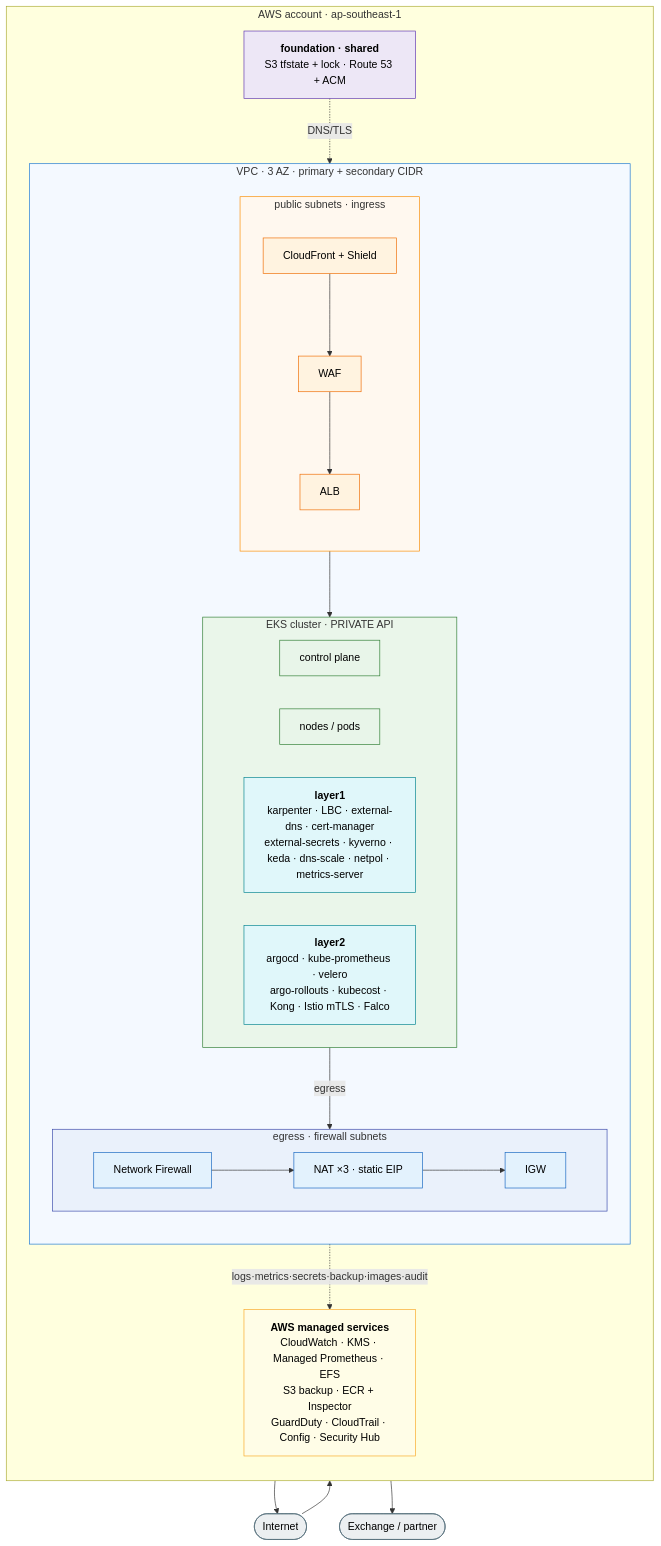
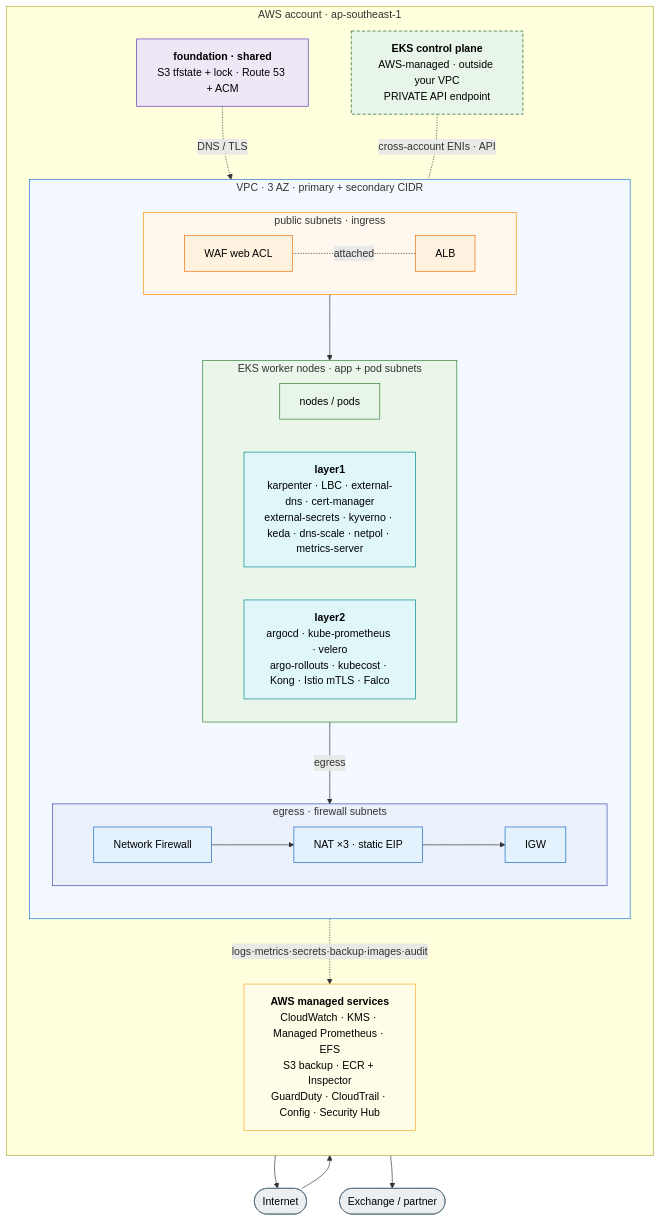
Before and after one commit to trongnvv/aws-iac: the third of 3 diagrams in eks/docs/ARCHITECTURE.md, drawn with Mermaid. The commit also changed other lines of this file, not shown here.

````diff
--- a/eks/docs/ARCHITECTURE.md
+++ b/eks/docs/ARCHITECTURE.md
@@ -125,47 +135,50 @@
 ```mermaid
 flowchart TB
   internet([Internet]):::ext
   partner([Exchange / partner]):::ext
   subgraph acct["AWS account · ap-southeast-1"]
     direction TB
     found["<b>foundation · shared</b><br/>S3 tfstate + lock · Route 53 + ACM"]:::fnd
+    cpane["<b>EKS control plane</b><br/>AWS-managed · outside your VPC<br/>PRIVATE API endpoint"]:::mgmt
     subgraph vpc["VPC · 3 AZ · primary + secondary CIDR"]
       direction TB
       subgraph ingress["public subnets · ingress"]
-        direction TB
-        cf["CloudFront + Shield"]:::edge --> waf["WAF"]:::edge --> alb["ALB"]:::edge
+        direction LR
+        alb["ALB"]:::edge
+        waf["WAF web ACL"]:::edge
       end
-      subgraph eks["EKS cluster · PRIVATE API"]
+      subgraph eks["EKS worker nodes · app + pod subnets"]
         direction LR
-        cp["control plane"]:::eks
         nodes["nodes / pods"]:::eks
         l1["<b>layer1</b><br/>karpenter · LBC · external-dns · cert-manager<br/>external-secrets · kyverno · keda · dns-scale · netpol · metrics-server"]:::add
         l2["<b>layer2</b><br/>argocd · kube-prometheus · velero<br/>argo-rollouts · kubecost · Kong · Istio mTLS · Falco"]:::add
       end
       subgraph egr["egress · firewall subnets"]
         direction LR
         nfw["Network Firewall"]:::net --> nat["NAT ×3 · static EIP"]:::net --> igw["IGW"]:::net
       end
     end
     svc["<b>AWS managed services</b><br/>CloudWatch · KMS · Managed Prometheus · EFS<br/>S3 backup · ECR + Inspector<br/>GuardDuty · CloudTrail · Config · Security Hub"]:::svc
   end
-  internet --> cf
-  alb --> nodes
-  found -. DNS/TLS .-> alb
+  internet --> alb --> nodes
+  waf -. attached .- alb
+  found -. DNS / TLS .-> alb
+  cpane -. cross-account ENIs · API .- nodes
   nodes -->|egress| nfw
   igw --> internet
   nat --> partner
   nodes -. logs·metrics·secrets·backup·images·audit .-> svc
 
   classDef ext fill:#eceff1,stroke:#546e7a,color:#000
   classDef fnd fill:#ede7f6,stroke:#5e35b1,color:#000
+  classDef mgmt fill:#e8f5e9,stroke:#1b5e20,stroke-dasharray:5 3,color:#000
   classDef net fill:#e3f2fd,stroke:#1565c0,color:#000
   classDef edge fill:#fff3e0,stroke:#ef6c00,color:#000
   classDef eks fill:#e8f5e9,stroke:#2e7d32,color:#000
   classDef add fill:#e0f7fa,stroke:#00838f,color:#000
   classDef svc fill:#fffde7,stroke:#f9a825,color:#000
   style vpc fill:#f4f9ff,stroke:#1976d2
   style ingress fill:#fff8ef,stroke:#fb8c00
   style egr fill:#eaf1fb,stroke:#3949ab
   style eks fill:#eaf6ea,stroke:#2e7d32
 ```
````
